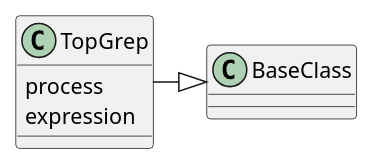
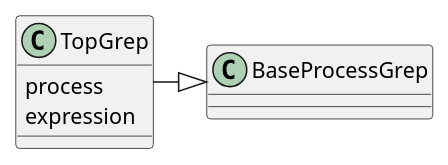
The third of 3 diagrams in apetools/commands/topcommand.rst (russell-n/oldape), drawn with PlantUML before and after one commit. The commit also changed other lines of this file and 68 other files, not shown here.

Commit message:
Integrated PsGrep and TopGrep to allow the use of top for IOS devices (took out cygwin since I don't have a test-machine)

```diff
--- a/apetools/commands/topcommand.rst
+++ b/apetools/commands/topcommand.rst
@@ -84,5 +90,5 @@
 .. uml::
 
-   TopGrep -|> BaseClass
+   TopGrep -|> BaseProcessGrep
    TopGrep : process
    TopGrep : expression
```
